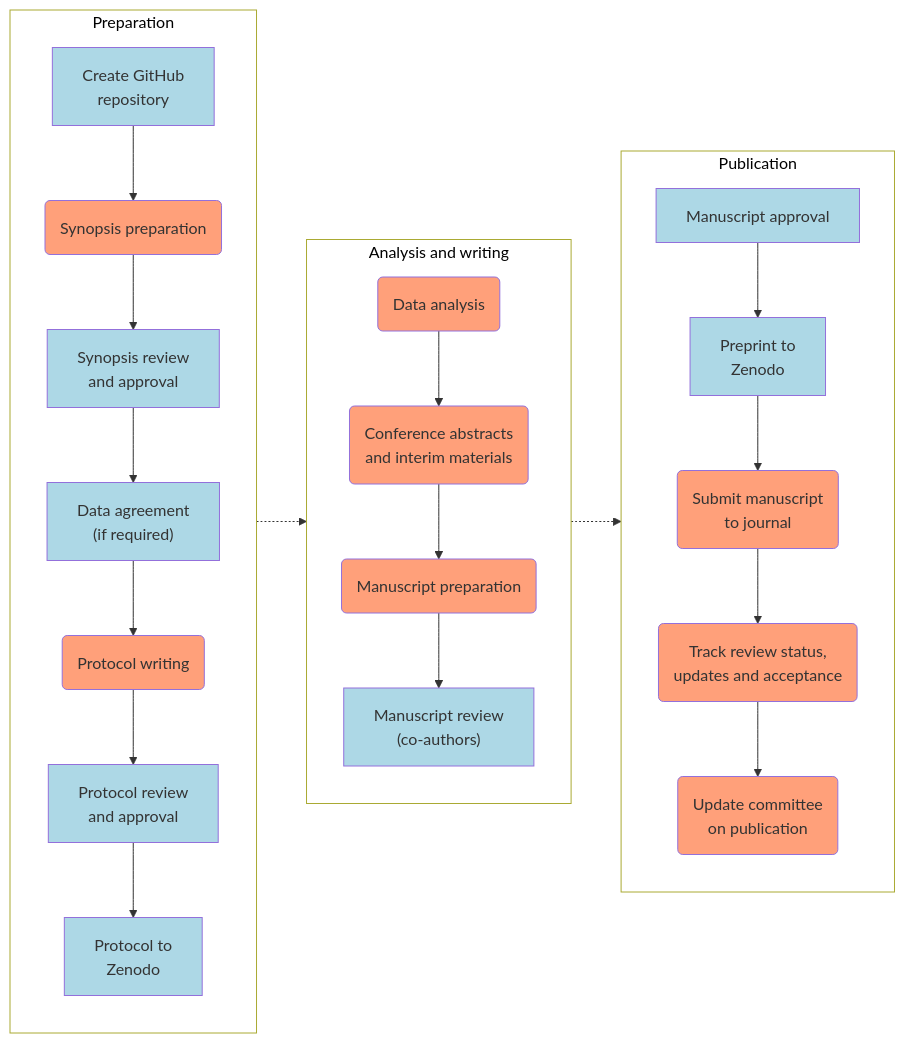
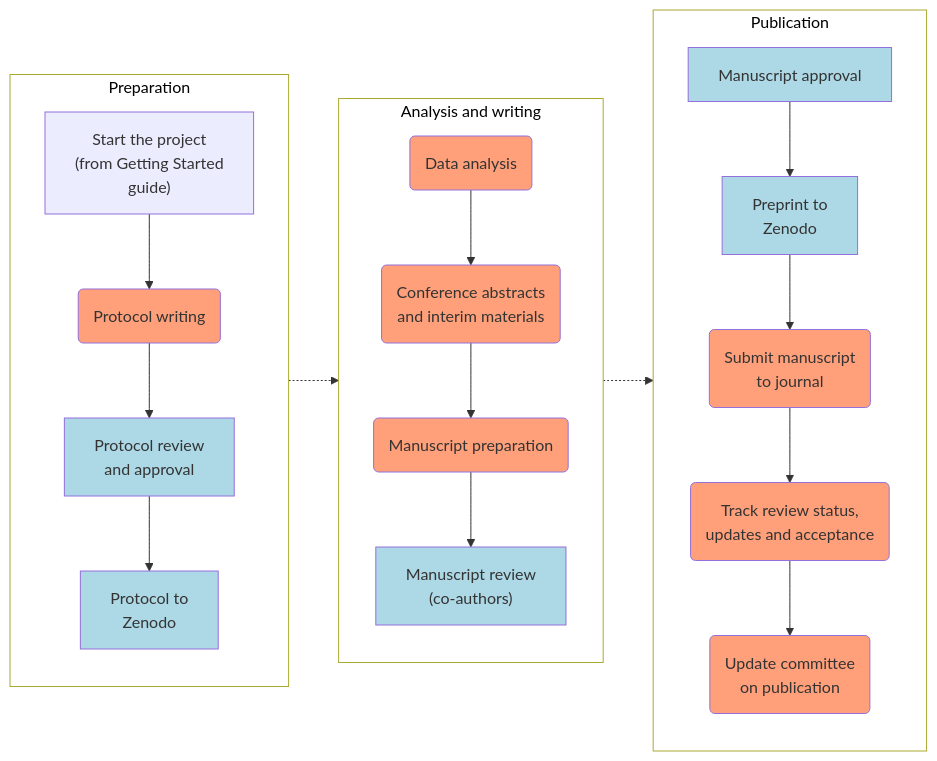
The diagram in managing/publishing.qmd (dp-next/wp1-ros), drawn with Mermaid before and after one commit. The commit also changed other lines of this file and 2 other files, not shown here.

Commit message:
feat: ✨ add chapter on starting a project (#150)

````diff
--- a/managing/publishing.qmd
+++ b/managing/publishing.qmd
@@ -12,43 +12,48 @@
 ```{mermaid}
 %%| label: fig-publication-steps
-%%| fig-cap: "Publication steps to follow during the life cycle of a DP-Next project. The rounded boxes in orange are tasks you are responsible for doing. The rectangular ones in light blue are for the committee members to do."
-%%| fig-alt: "Boxes and arrows indicating the flow of tasks from preparation to publication. The boxes are colored according to whether they are the responsibility of the authors or the committee members. These tasks are visual representations of the text below."
+%%| fig-cap: >-
+%%|   Publication steps to follow during the life cycle of a DP-Next project.
+%%|   The rounded boxes in orange are tasks you are responsible for doing. The
+%%|   rectangular ones in light blue are for the committee members to do.
+%%| fig-alt: >-
+%%|   Boxes and arrows indicating the flow of tasks from preparation to
+%%|   publication. The boxes are colored according to whether they are the
+%%|   responsibility of the authors or the committee members. These tasks are
+%%|   visual representations of the text below.
+
 graph LR
     subgraph S1["Preparation"]
-      A["Create GitHub<br>repository"]:::ours
-      B1("Synopsis preparation"):::yours
-      B2["Synopsis review<br>and approval"]:::ours
-      C["Data agreement<br>(if required)"]:::ours
+      A["Start the project<br>(from Getting Started<br>guide)"]
       D1("Protocol writing"):::yours
       D2["Protocol review<br>and approval"]:::ours
       D3["Protocol to<br>Zenodo"]:::ours
-      A --> B1 --> B2 --> C --> D1 --> D2 --> D3
+      A --> D1 --> D2 --> D3
     end
 
     subgraph S2["Analysis and writing"]
       E("Data analysis"):::yours
       F("Conference abstracts<br>and interim materials"):::yours
       G1("Manuscript preparation"):::yours
       G2["Manuscript review<br>(co-authors)"]:::ours
       E --> F --> G1 --> G2
     end
 
     subgraph S3["Publication"]
       H1["Manuscript approval"]:::ours
       H2["Preprint to<br>Zenodo"]:::ours
       I["GitHub repository<br>to Zenodo"]:::ours
       I("Submit manuscript<br>to journal"):::yours
       J("Track review status,<br>updates and acceptance"):::yours
       K("Update committee<br>on publication"):::yours
       H1 --> H2 --> I --> J --> K
     end
 
     S1 -.-> S2
     S2 -.-> S3
 
     style S1 fill:#FFFFFF, color:#000000
     style S2 fill:#FFFFFF, color:#000000
     style S3 fill:#FFFFFF, color:#000000
     classDef ours fill:#ADD8E6;
     classDef yours fill:#FFA07A;
 ```
````
